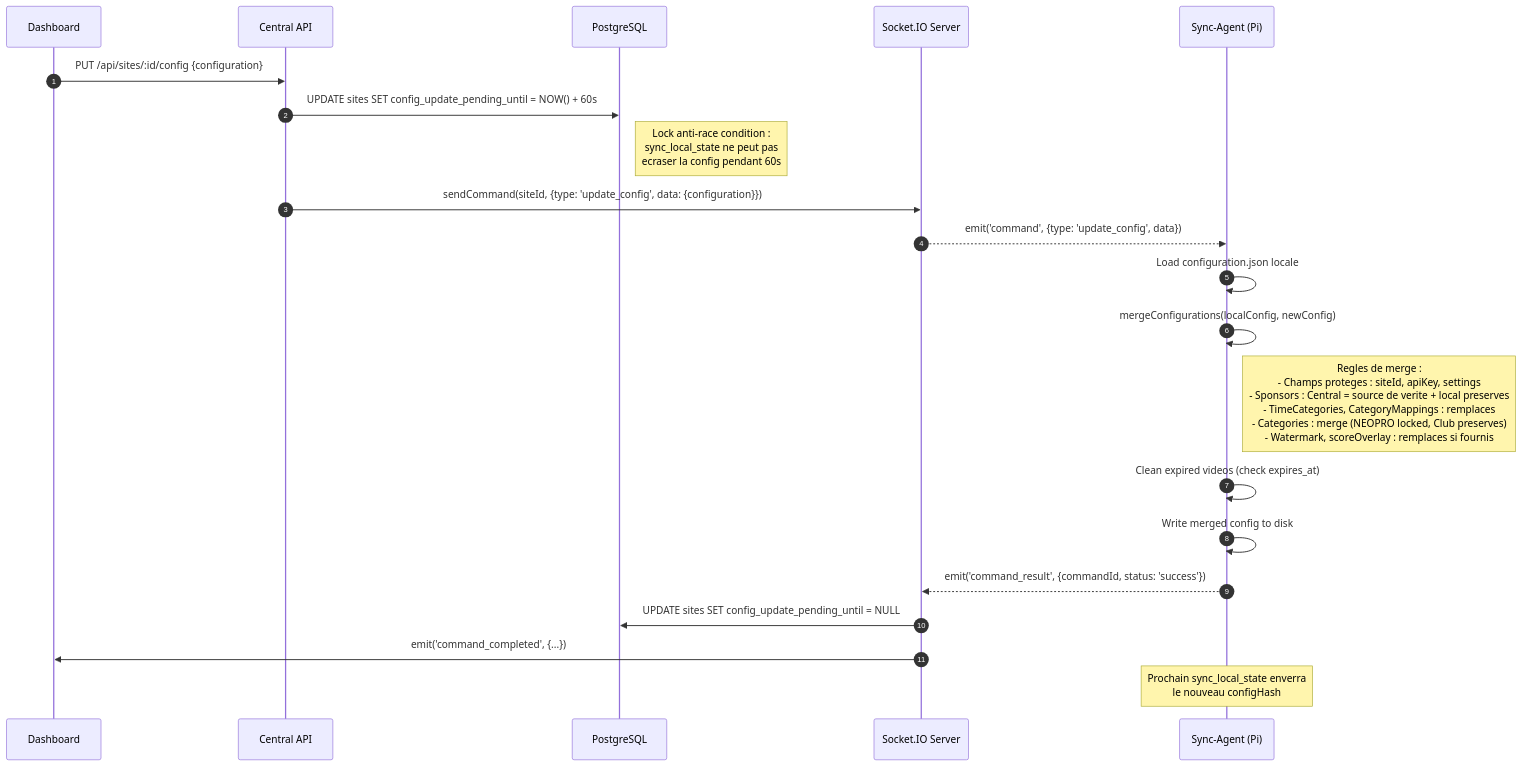
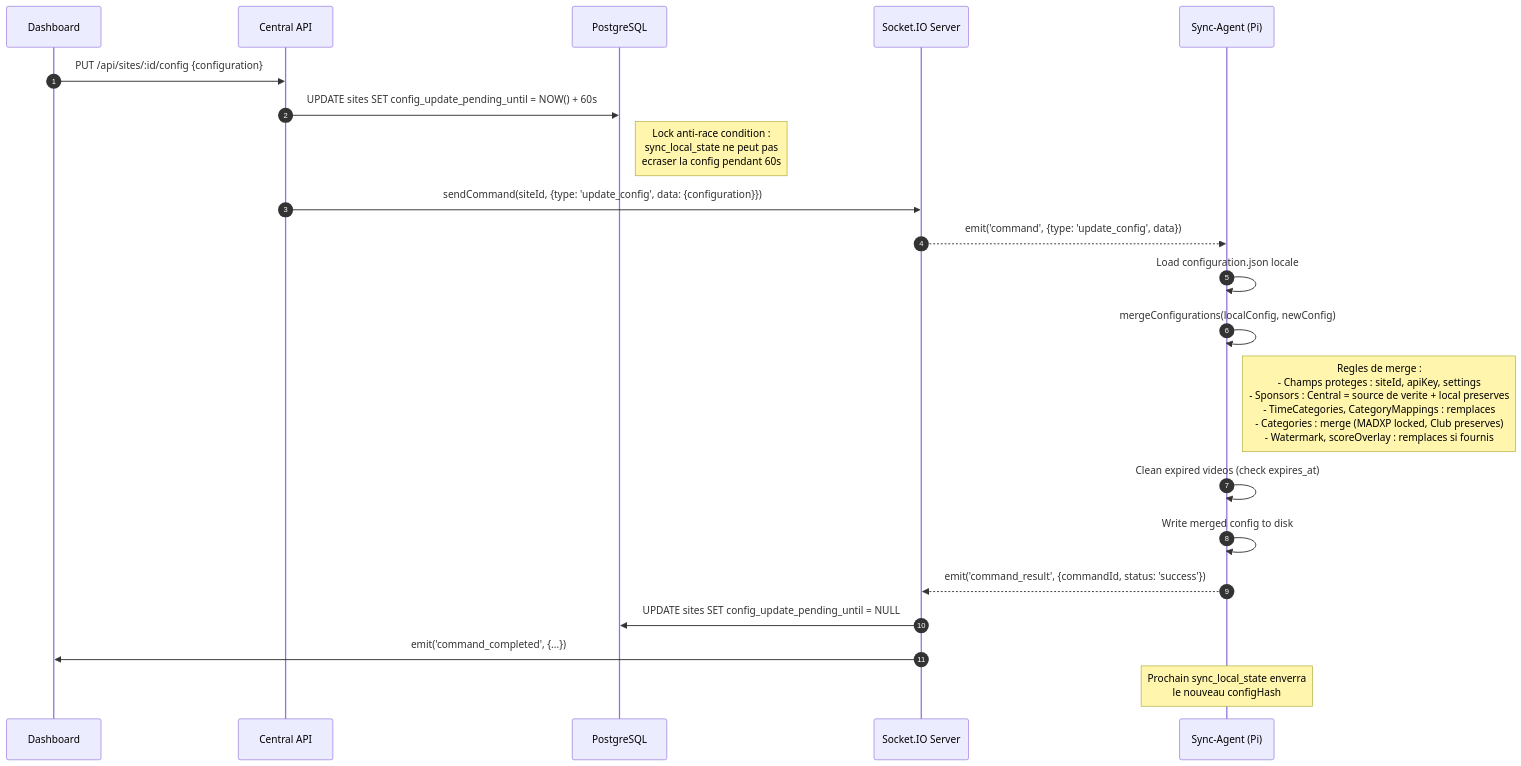
One commit to Tallec7/madxp changed the fifth of 6 diagrams in docs/technical/diagrams/02-sync-pi-cloud-sequence.md. Above: the diagram before and after it, drawn with Mermaid. The commit also changed 128 other files, not shown here.

First line of the commit message:
docs(rebrand): rename NEOPRO→MADXP uppercase brand mentions (PR 1b/N)

````diff
--- a/docs/technical/diagrams/02-sync-pi-cloud-sequence.md
+++ b/docs/technical/diagrams/02-sync-pi-cloud-sequence.md
@@ -199,29 +199,29 @@
 ```mermaid
 sequenceDiagram
     autonumber
     participant Dash as Dashboard
     participant API as Central API
     participant DB as PostgreSQL
     participant WS as Socket.IO Server
     participant Pi as Sync-Agent (Pi)
 
     Dash->>API: PUT /api/sites/:id/config {configuration}
     API->>DB: UPDATE sites SET config_update_pending_until = NOW() + 60s
     Note right of DB: Lock anti-race condition :<br/>sync_local_state ne peut pas<br/>ecraser la config pendant 60s
 
     API->>WS: sendCommand(siteId, {type: 'update_config', data: {configuration}})
     WS-->>Pi: emit('command', {type: 'update_config', data})
 
     Pi->>Pi: Load configuration.json locale
     Pi->>Pi: mergeConfigurations(localConfig, newConfig)
-    Note right of Pi: Regles de merge :<br/>- Champs proteges : siteId, apiKey, settings<br/>- Sponsors : Central = source de verite + local preserves<br/>- TimeCategories, CategoryMappings : remplaces<br/>- Categories : merge (NEOPRO locked, Club preserves)<br/>- Watermark, scoreOverlay : remplaces si fournis
+    Note right of Pi: Regles de merge :<br/>- Champs proteges : siteId, apiKey, settings<br/>- Sponsors : Central = source de verite + local preserves<br/>- TimeCategories, CategoryMappings : remplaces<br/>- Categories : merge (MADXP locked, Club preserves)<br/>- Watermark, scoreOverlay : remplaces si fournis
 
     Pi->>Pi: Clean expired videos (check expires_at)
     Pi->>Pi: Write merged config to disk
 
     Pi-->>WS: emit('command_result', {commandId, status: 'success'})
     WS->>DB: UPDATE sites SET config_update_pending_until = NULL
     WS->>Dash: emit('command_completed', {...})
 
     Note over Pi: Prochain sync_local_state enverra<br/>le nouveau configHash
 ```
````
